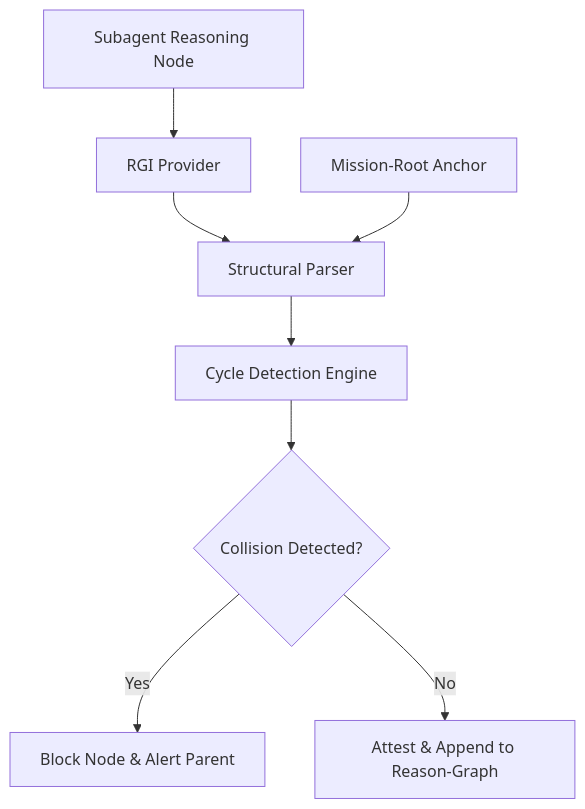
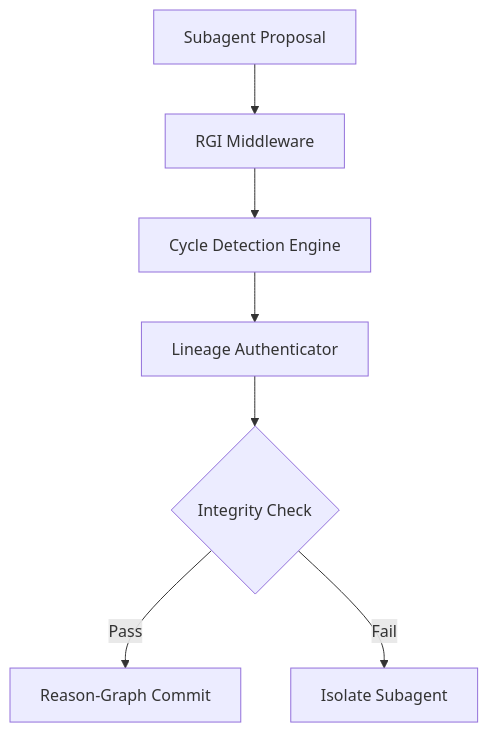
The diagram in docs/features/design-rgi-provider.md (mcpany/core), drawn with Mermaid before and after one commit. The commit also changed other lines of this file and 6 other files, not shown here.

````diff
--- a/docs/features/design-rgi-provider.md
+++ b/docs/features/design-rgi-provider.md
@@ -34,10 +31,9 @@
     ```mermaid
     graph TD
-        A[Subagent Reasoning Node] --> B[RGI Provider]
-        B --> C[Structural Parser]
-        C --> D[Cycle Detection Engine]
-        D --> E{Collision Detected?}
-        E -- Yes --> F[Block Node & Alert Parent]
-        E -- No --> G[Attest & Append to Reason-Graph]
-        H[Mission-Root Anchor] --> C
+        A[Subagent Proposal] --> B[RGI Middleware]
+        B --> C[Cycle Detection Engine]
+        C --> D[Lineage Authenticator]
+        D --> E{Integrity Check}
+        E -- Pass --> F[Reason-Graph Commit]
+        E -- Fail --> G[Isolate Subagent]
     ```
````
